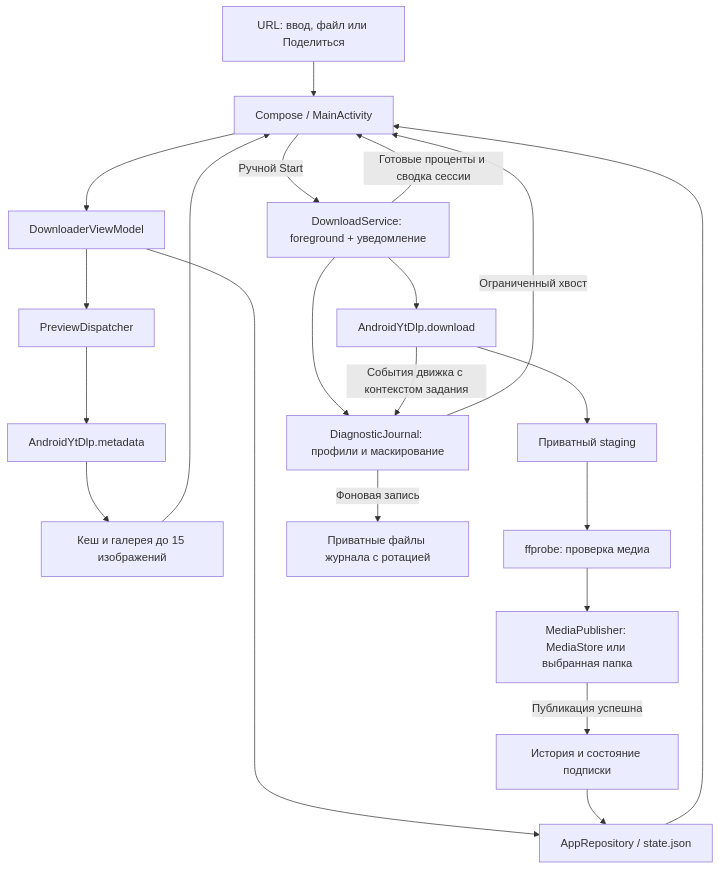
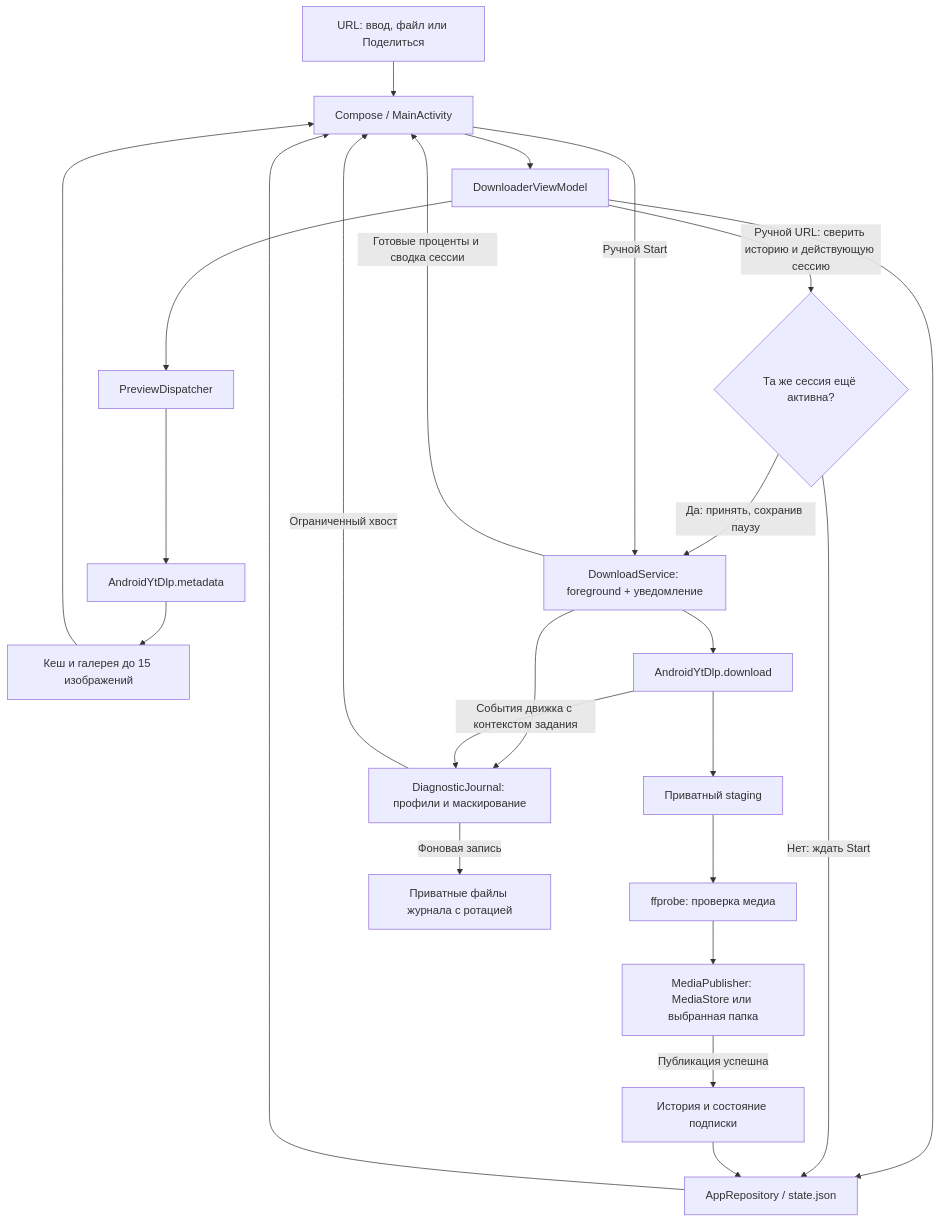
One commit to bespalovnikita/video-downloader changed the first of 2 diagrams in docs/user/android.md. Above: the diagram before and after it, drawn with Mermaid. The commit also changed other lines of this file and 13 other files, not shown here.

````diff
--- a/docs/user/android.md
+++ b/docs/user/android.md
@@ -168,23 +178,26 @@
 ```mermaid
 flowchart TD
     U[URL: ввод, файл или Поделиться] --> UI[Compose / MainActivity]
     UI --> VM[DownloaderViewModel]
     VM --> R[AppRepository / state.json]
+    VM -->|Ручной URL: сверить историю и действующую сессию| A{Та же сессия ещё активна?}
+    A -->|Да: принять, сохранив паузу| S
+    A -->|Нет: ждать Start| R
     VM --> P[PreviewDispatcher]
     P --> M[AndroidYtDlp.metadata]
     M --> G[Кеш и галерея до 15 изображений]
     G --> UI
     R --> UI
     UI -->|Ручной Start| S[DownloadService: foreground + уведомление]
     S --> D[AndroidYtDlp.download]
     D --> T[Приватный staging]
     T --> V[ffprobe: проверка медиа]
     V --> O[MediaPublisher: MediaStore или выбранная папка]
     O -->|Публикация успешна| H[История и состояние подписки]
     H --> R
     S -->|Готовые проценты и сводка сессии| UI
     S --> J[DiagnosticJournal: профили и маскирование]
     D -->|События движка с контекстом задания| J
     J -->|Ограниченный хвост| UI
     J -->|Фоновая запись| L[Приватные файлы журнала с ротацией]
 ```
````
